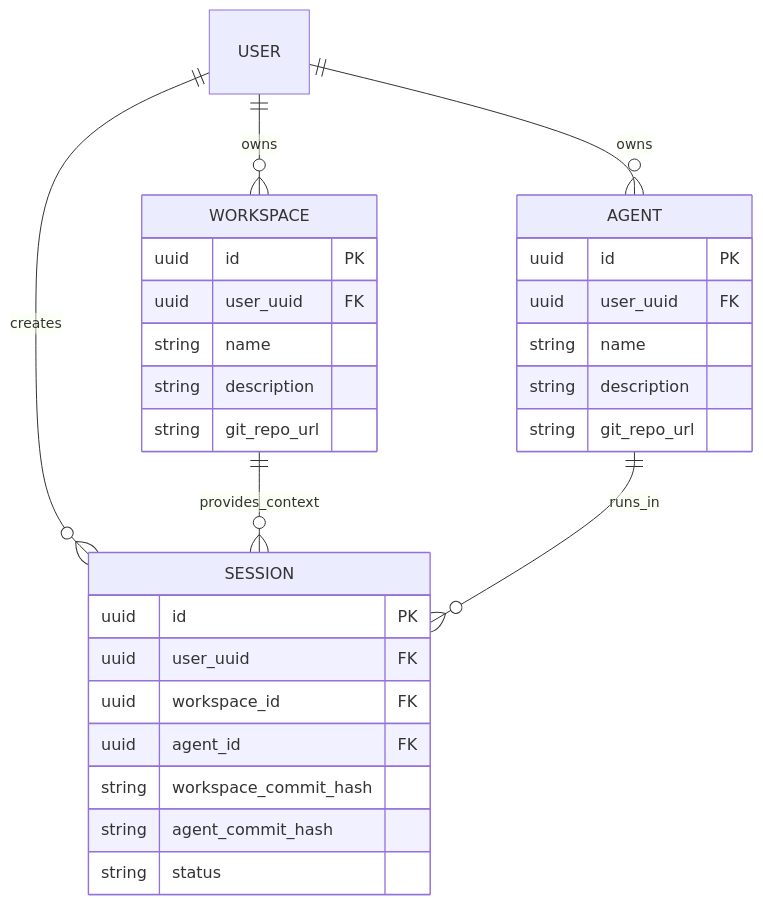
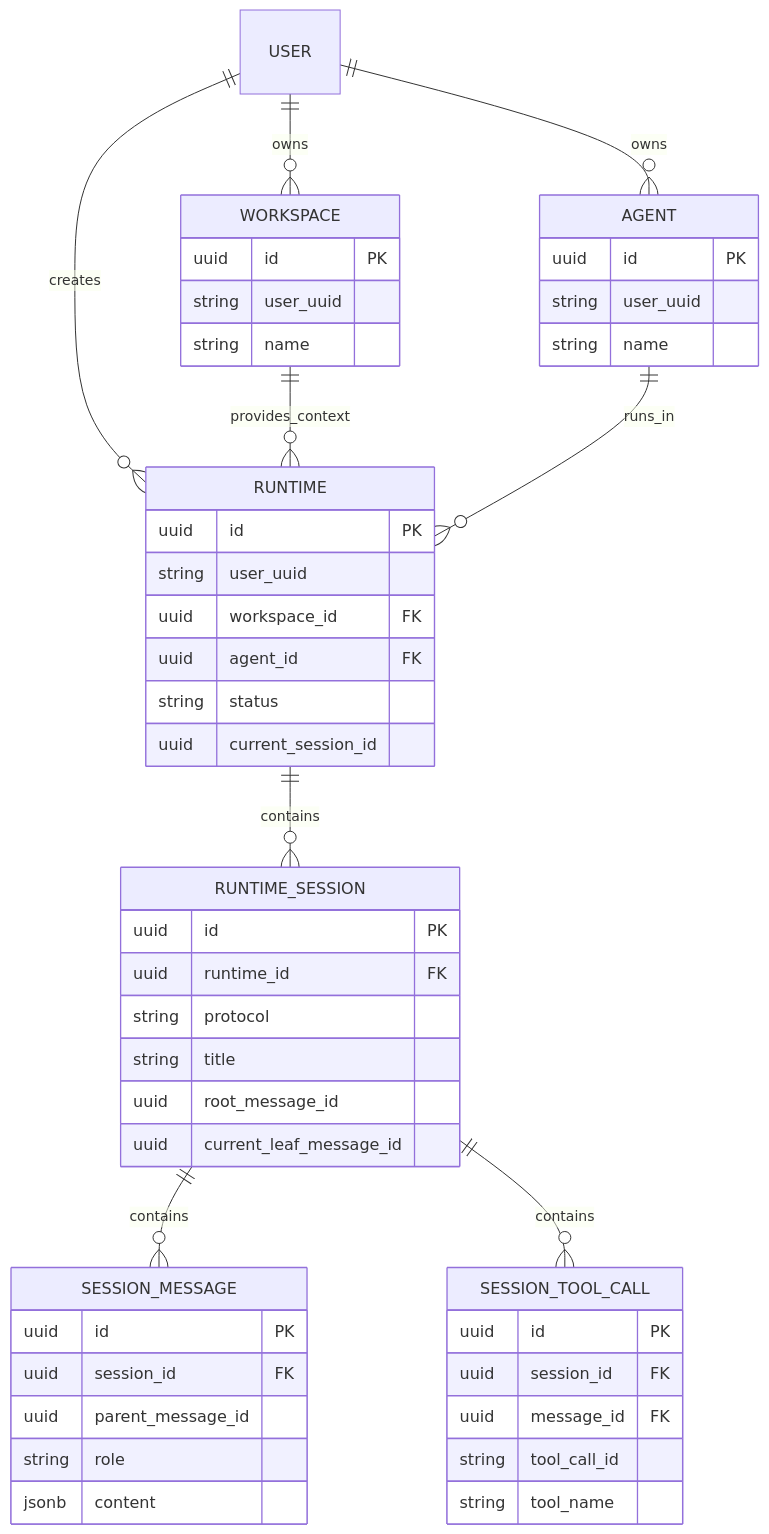
One commit to Larkspur-Wang/cohub changed the diagram in docs/db-schema.md. Above: the diagram before and after it, drawn with Mermaid. The commit also changed other lines of this file and 20 other files, not shown here.

First line of the commit message:
refactor(api,protocol,db): 将 Session 重构为 Runtime + RuntimeSession 两层架构

````diff
--- a/docs/db-schema.md
+++ b/docs/db-schema.md
@@ -15,35 +19,59 @@
 ```mermaid
 erDiagram
     USER ||--o{ WORKSPACE : owns
     USER ||--o{ AGENT : owns
-    USER ||--o{ SESSION : creates
+    USER ||--o{ RUNTIME : creates
 
-    WORKSPACE ||--o{ SESSION : provides_context
-    AGENT ||--o{ SESSION : runs_in
+    WORKSPACE ||--o{ RUNTIME : provides_context
+    AGENT ||--o{ RUNTIME : runs_in
+
+    RUNTIME ||--o{ RUNTIME_SESSION : contains
+    RUNTIME_SESSION ||--o{ SESSION_MESSAGE : contains
+    RUNTIME_SESSION ||--o{ SESSION_TOOL_CALL : contains
 
     WORKSPACE {
         uuid id PK
-        uuid user_uuid FK
+        string user_uuid
         string name
-        string description
-        string git_repo_url
     }
-    
+
     AGENT {
         uuid id PK
-        uuid user_uuid FK
+        string user_uuid
         string name
-        string description
-        string git_repo_url
     }
 
-    SESSION {
+    RUNTIME {
         uuid id PK
-        uuid user_uuid FK
+        string user_uuid
         uuid workspace_id FK
         uuid agent_id FK
-        string workspace_commit_hash
-        string agent_commit_hash
         string status
+        uuid current_session_id
+    }
+
+    RUNTIME_SESSION {
+        uuid id PK
+        uuid runtime_id FK
+        string protocol
+        string title
+        uuid root_message_id
+        uuid current_leaf_message_id
+    }
+
+    SESSION_MESSAGE {
+        uuid id PK
+        uuid session_id FK
+        uuid parent_message_id
+        string role
+        jsonb content
+    }
+
+    SESSION_TOOL_CALL {
+        uuid id PK
+        uuid session_id FK
+        uuid message_id FK
+        string tool_call_id
+        string tool_name
     }
 ```
````
